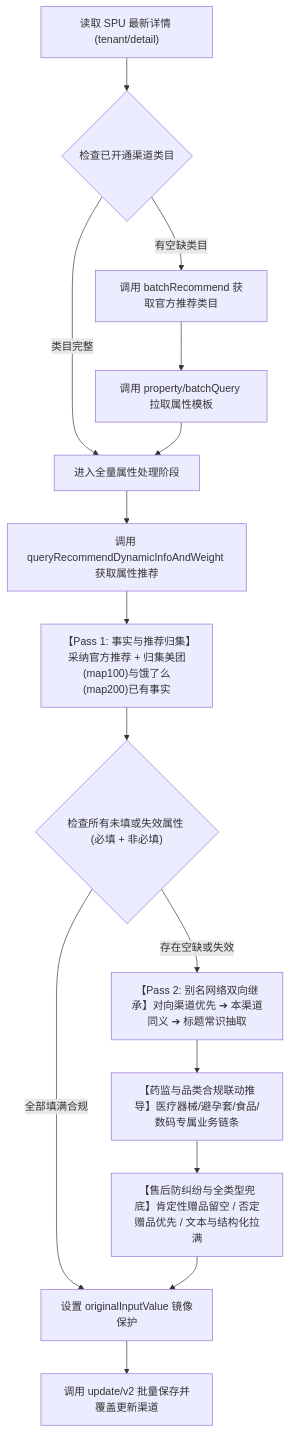
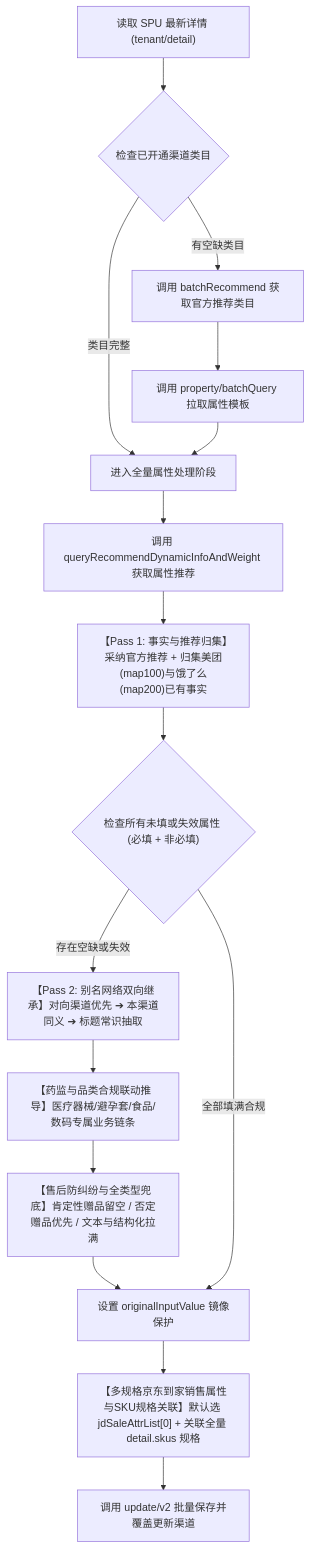
One commit to cycjianai/shangpin-yunying changed the diagram in references/channel-attribute-contract-v2.md. Above: the diagram before and after it, drawn with Mermaid. The commit also changed other lines of this file and 11 other files, not shown here.

Commit message:
feat(qnh): auto-fill JD Daojia multi-SKU saleAttrList and associate all SKU specs (v1.7.5)

````diff
--- a/references/channel-attribute-contract-v2.md
+++ b/references/channel-attribute-contract-v2.md
@@ -147,17 +179,18 @@
 ```mermaid
 flowchart TD
     A["读取 SPU 最新详情 (tenant/detail)"] --> B{"检查已开通渠道类目"}
     B -- 有空缺类目 --> C["调用 batchRecommend 获取官方推荐类目"]
     C --> D["调用 property/batchQuery 拉取属性模板"]
     B -- 类目完整 --> E["进入全量属性处理阶段"]
     D --> E
     E --> F["调用 queryRecommendDynamicInfoAndWeight 获取属性推荐"]
     F --> G["【Pass 1: 事实与推荐归集】采纳官方推荐 + 归集美团(map100)与饿了么(map200)已有事实"]
     G --> H{"检查所有未填或失效属性 (必填 + 非必填)"}
     H -- 存在空缺或失效 --> I["【Pass 2: 别名网络双向继承】对向渠道优先 ➔ 本渠道同义 ➔ 标题常识抽取"]
     I --> J["【药监与品类合规联动推导】医疗器械/避孕套/食品/数码专属业务链条"]
     J --> K["【售后防纠纷与全类型兜底】肯定性赠品留空 / 否定赠品优先 / 文本与结构化拉满"]
-    H -- 全部填满合规 --> L["设置 originalInputValue 镜像保护"]
-    K --> L
-    L --> M["调用 update/v2 批量保存并覆盖更新渠道"]
+    K --> L["设置 originalInputValue 镜像保护"]
+    H -- 全部填满合规 --> L
+    L --> JD["【多规格京东到家销售属性与SKU规格关联】默认选 jdSaleAttrList[0] + 关联全量 detail.skus 规格"]
+    JD --> M["调用 update/v2 批量保存并覆盖更新渠道"]
 ```
````
